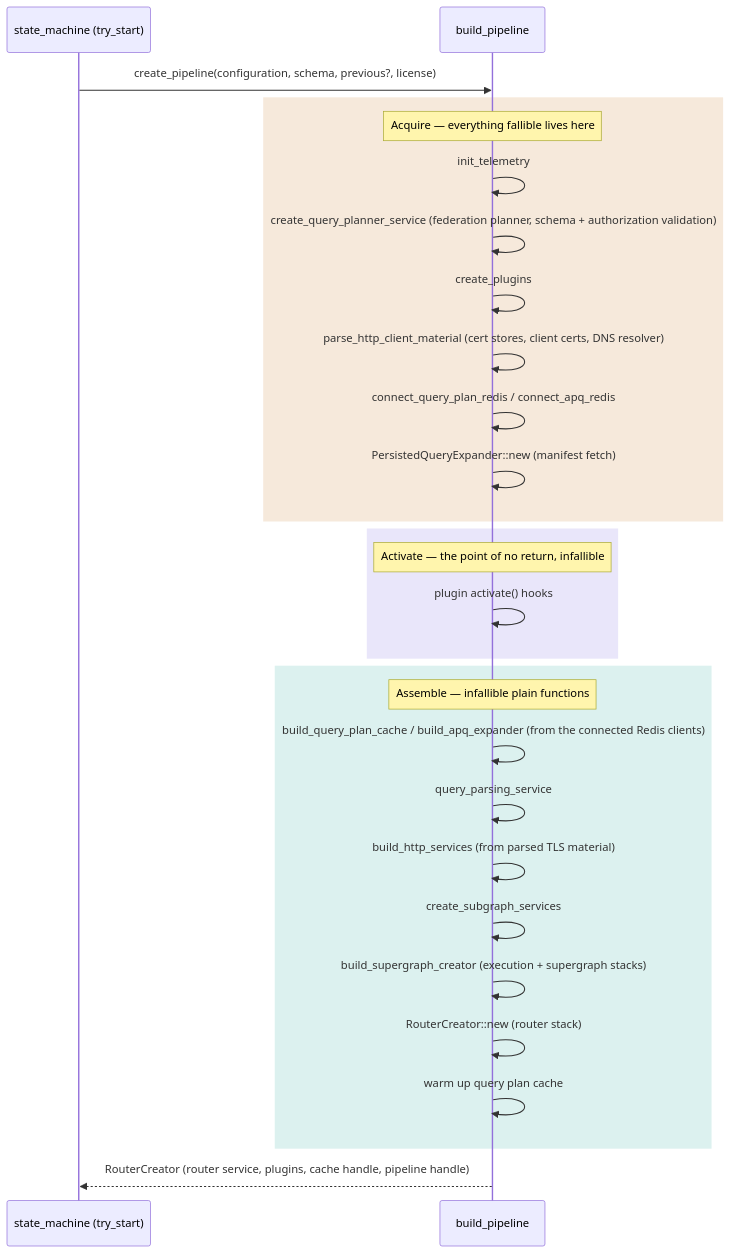
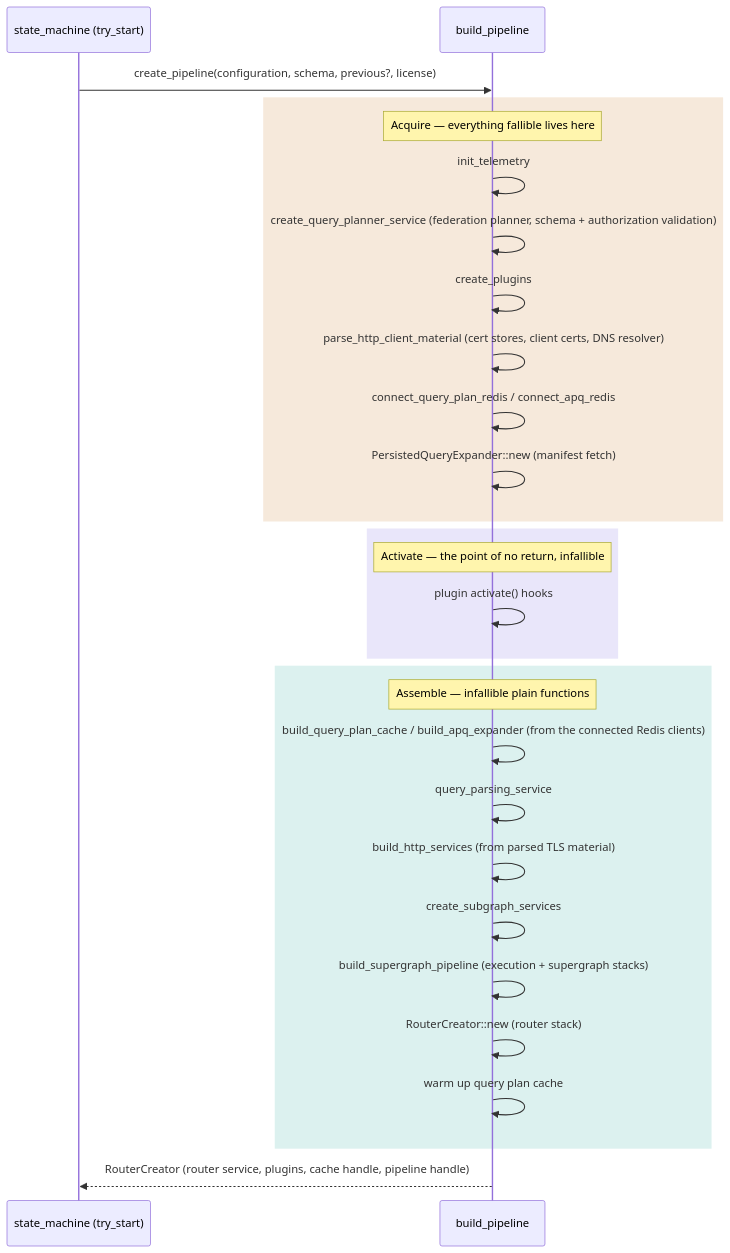
The diagram in dev-docs/pipeline-construction.md (apollographql/router), drawn with Mermaid before and after one commit. The commit also changed other lines of this file and 11 other files, not shown here.

First line of the commit message:
refactor: dissolve SupergraphCreator into RouterCreator

````diff
--- a/dev-docs/pipeline-construction.md
+++ b/dev-docs/pipeline-construction.md
@@ -11,35 +11,35 @@
 ```mermaid
 sequenceDiagram
     participant SM as state_machine (try_start)
     participant BP as build_pipeline
 
     SM->>BP: create_pipeline(configuration, schema, previous?, license)
 
     rect rgba(192, 106, 16, 0.15)
         Note over BP: Acquire — everything fallible lives here
         BP->>BP: init_telemetry
         BP->>BP: create_query_planner_service (federation planner, schema + authorization validation)
         BP->>BP: create_plugins
         BP->>BP: parse_http_client_material (cert stores, client certs, DNS resolver)
         BP->>BP: connect_query_plan_redis / connect_apq_redis
         BP->>BP: PersistedQueryExpander::new (manifest fetch)
     end
 
     rect rgba(110, 90, 220, 0.15)
         Note over BP: Activate — the point of no return, infallible
         BP->>BP: plugin activate() hooks
     end
 
     rect rgba(20, 160, 150, 0.15)
         Note over BP: Assemble — infallible plain functions
         BP->>BP: build_query_plan_cache / build_apq_expander (from the connected Redis clients)
         BP->>BP: query_parsing_service
         BP->>BP: build_http_services (from parsed TLS material)
         BP->>BP: create_subgraph_services
-        BP->>BP: build_supergraph_creator (execution + supergraph stacks)
+        BP->>BP: build_supergraph_pipeline (execution + supergraph stacks)
         BP->>BP: RouterCreator::new (router stack)
         BP->>BP: warm up query plan cache
     end
 
     BP-->>SM: RouterCreator (router service, plugins, cache handle, pipeline handle)
 ```
````
